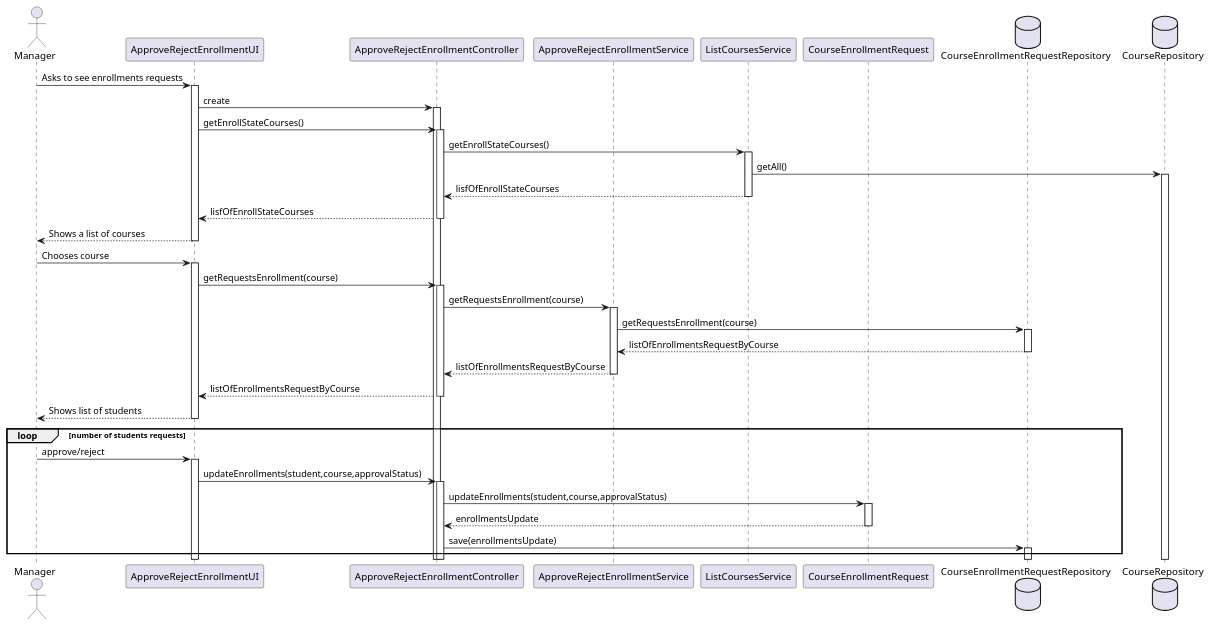
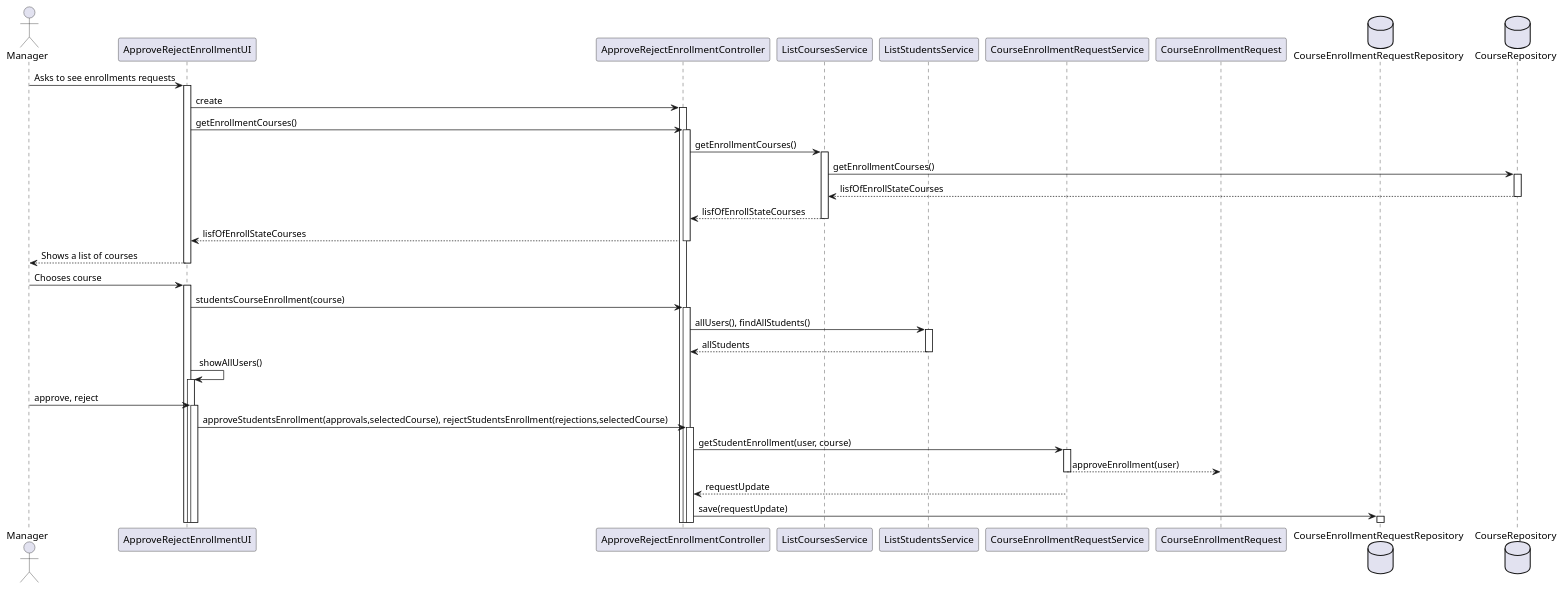
One commit to mascenso/isep-sem4-lapr4 changed the diagram in docs/SPRINT B/US1009 - Approve or Reject Students Applications/US1009-SD.puml. Above: the diagram before and after it, drawn with PlantUML. The commit also changed 7 other files, not shown here.

```diff
--- a/docs/SPRINT B/US1009 - Approve or Reject Students Applications/US1009-SD.puml
+++ b/docs/SPRINT B/US1009 - Approve or Reject Students Applications/US1009-SD.puml
@@ -1,41 +1,40 @@
 @startuml
 'https://plantuml.com/sequence-diagram
 
 autoactivate on
 
 actor Manager as M
 participant "ApproveRejectEnrollmentUI" as UI
 participant "ApproveRejectEnrollmentController" as C
-participant "ApproveRejectEnrollmentService" as S
 participant "ListCoursesService" as CS
+participant "ListStudentsService" as SS
+participant "CourseEnrollmentRequestService" as ES
 participant "CourseEnrollmentRequest" as E
 database "CourseEnrollmentRequestRepository" as R
 database "CourseRepository" as CR
 
 
 
 M->UI: Asks to see enrollments requests
 UI->C:create
-UI->C:getEnrollStateCourses()
-C->CS:getEnrollStateCourses()
-CS->CR:getAll()
+UI->C:getEnrollmentCourses()
+C->CS:getEnrollmentCourses()
+CS->CR:getEnrollmentCourses()
+CR-->CS:lisfOfEnrollStateCourses
+deactivate CR
 CS-->C: lisfOfEnrollStateCourses
 C-->UI: lisfOfEnrollStateCourses
 UI-->M: Shows a list of courses
 M->UI: Chooses course
-UI->C: getRequestsEnrollment(course)
-C->S:getRequestsEnrollment(course)
-S->R:getRequestsEnrollment(course)
-R-->S: listOfEnrollmentsRequestByCourse
-S-->C: listOfEnrollmentsRequestByCourse
-C-->UI:listOfEnrollmentsRequestByCourse
-UI-->M: Shows list of students
-loop number of students requests
-M->UI: approve/reject
-UI->C: updateEnrollments(student,course,approvalStatus)
-C->E:updateEnrollments(student,course,approvalStatus)
-E-->C: enrollmentsUpdate
-C->R:save(enrollmentsUpdate)
-end
+UI->C: studentsCourseEnrollment(course)
+C->SS: allUsers(), findAllStudents()
+SS-->C :allStudents
+UI->UI:showAllUsers()
+M->UI: approve, reject
+UI->C:approveStudentsEnrollment(approvals,selectedCourse), rejectStudentsEnrollment(rejections,selectedCourse)
+C->ES:getStudentEnrollment(user, course)
+ES-->E: approveEnrollment(user)
+ES-->C: requestUpdate
+C->R:save(requestUpdate)
 
 @enduml
```
